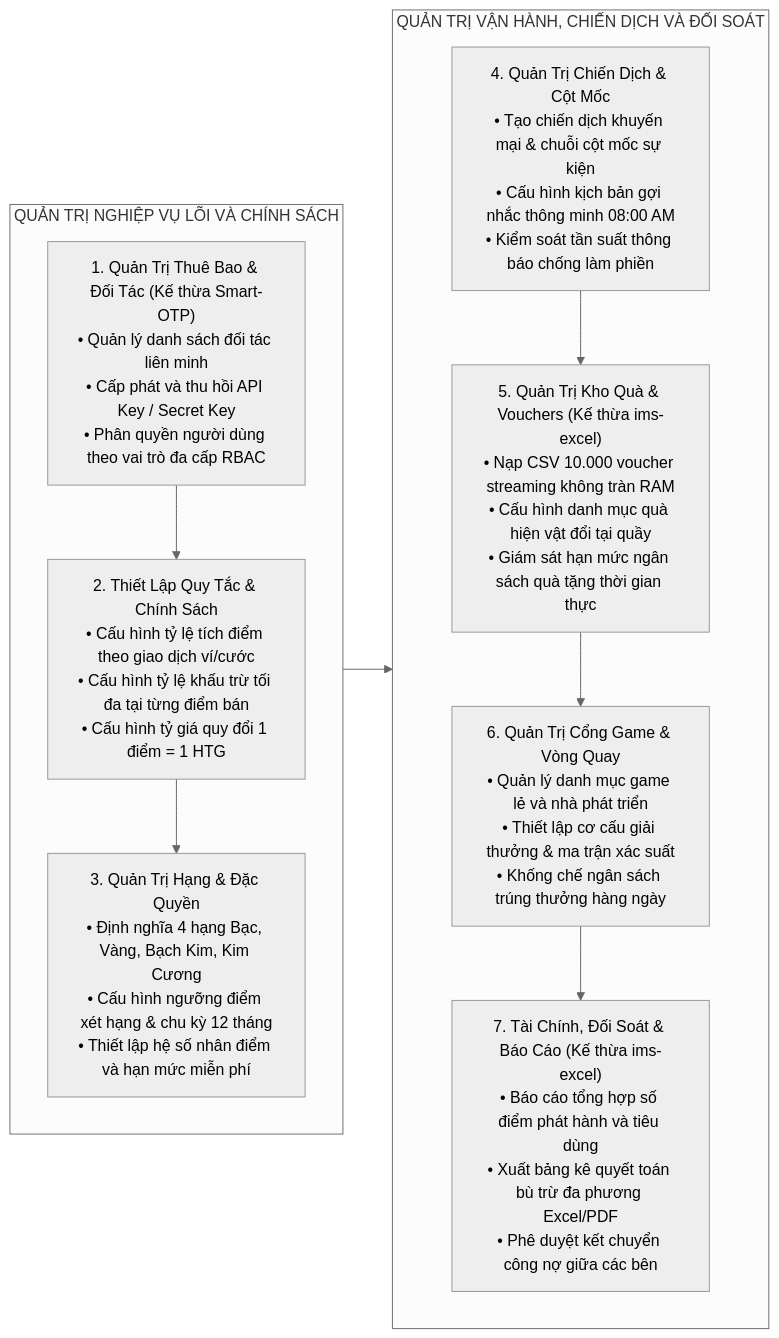
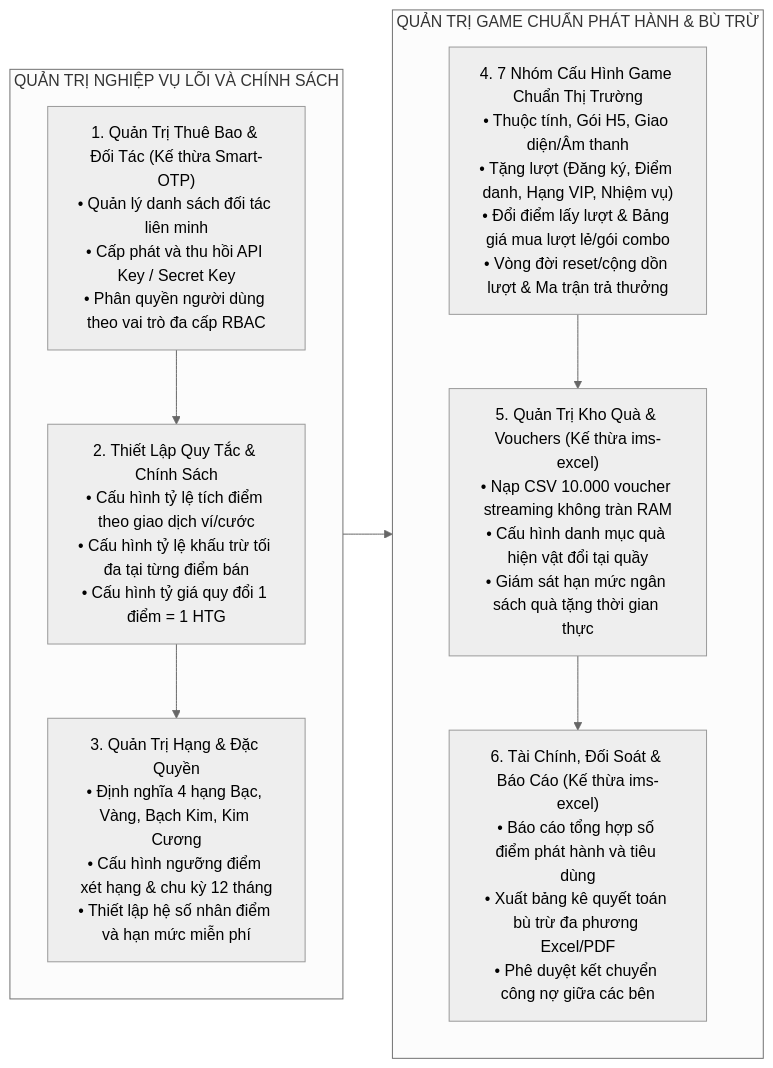
The seventh of 8 diagrams in plan/production_plan.md (chapisoft/micro-loyalty), drawn with Mermaid (neutral theme) before and after one commit. The commit also changed other lines of this file and 25 other files, not shown here.

````diff
--- a/plan/production_plan.md
+++ b/plan/production_plan.md
@@ -141,24 +328,22 @@
 ```mermaid
 flowchart LR
     subgraph S_CMS_CORE ["QUẢN TRỊ NGHIỆP VỤ LÕI VÀ CHÍNH SÁCH"]
         direction TB
         M_TENANT["1. Quản Trị Thuê Bao & Đối Tác (Kế thừa Smart-OTP)<br/>• Quản lý danh sách đối tác liên minh<br/>• Cấp phát và thu hồi API Key / Secret Key<br/>• Phân quyền người dùng theo vai trò đa cấp RBAC"]
         M_POLICY["2. Thiết Lập Quy Tắc & Chính Sách<br/>• Cấu hình tỷ lệ tích điểm theo giao dịch ví/cước<br/>• Cấu hình tỷ lệ khấu trừ tối đa tại từng điểm bán<br/>• Cấu hình tỷ giá quy đổi 1 điểm = 1 HTG"]
         M_TIER["3. Quản Trị Hạng & Đặc Quyền<br/>• Định nghĩa 4 hạng Bạc, Vàng, Bạch Kim, Kim Cương<br/>• Cấu hình ngưỡng điểm xét hạng & chu kỳ 12 tháng<br/>• Thiết lập hệ số nhân điểm và hạn mức miễn phí"]
         M_TENANT --> M_POLICY
         M_POLICY --> M_TIER
     end
 
-    subgraph S_CMS_OP ["QUẢN TRỊ VẬN HÀNH, CHIẾN DỊCH VÀ ĐỐI SOÁT"]
+    subgraph S_CMS_GAME_CONFIG ["QUẢN TRỊ GAME CHUẨN PHÁT HÀNH & BÙ TRỪ"]
         direction TB
-        M_CAMPAIGN["4. Quản Trị Chiến Dịch & Cột Mốc<br/>• Tạo chiến dịch khuyến mại & chuỗi cột mốc sự kiện<br/>• Cấu hình kịch bản gợi nhắc thông minh 08:00 AM<br/>• Kiểm soát tần suất thông báo chống làm phiền"]
+        M_GAME_STD["4. 7 Nhóm Cấu Hình Game Chuẩn Thị Trường<br/>• Thuộc tính, Gói H5, Giao diện/Âm thanh<br/>• Tặng lượt (Đăng ký, Điểm danh, Hạng VIP, Nhiệm vụ)<br/>• Đổi điểm lấy lượt & Bảng giá mua lượt lẻ/gói combo<br/>• Vòng đời reset/cộng dồn lượt & Ma trận trả thưởng"]
         M_REWARD["5. Quản Trị Kho Quà & Vouchers (Kế thừa ims-excel)<br/>• Nạp CSV 10.000 voucher streaming không tràn RAM<br/>• Cấu hình danh mục quà hiện vật đổi tại quầy<br/>• Giám sát hạn mức ngân sách quà tặng thời gian thực"]
-        M_GAME["6. Quản Trị Cổng Game & Vòng Quay<br/>• Quản lý danh mục game lẻ và nhà phát triển<br/>• Thiết lập cơ cấu giải thưởng & ma trận xác suất<br/>• Khống chế ngân sách trúng thưởng hàng ngày"]
-        M_SETTLE["7. Tài Chính, Đối Soát & Báo Cáo (Kế thừa ims-excel)<br/>• Báo cáo tổng hợp số điểm phát hành và tiêu dùng<br/>• Xuất bảng kê quyết toán bù trừ đa phương Excel/PDF<br/>• Phê duyệt kết chuyển công nợ giữa các bên"]
-        M_CAMPAIGN --> M_REWARD
-        M_REWARD --> M_GAME
-        M_GAME --> M_SETTLE
+        M_SETTLE["6. Tài Chính, Đối Soát & Báo Cáo (Kế thừa ims-excel)<br/>• Báo cáo tổng hợp số điểm phát hành và tiêu dùng<br/>• Xuất bảng kê quyết toán bù trừ đa phương Excel/PDF<br/>• Phê duyệt kết chuyển công nợ giữa các bên"]
+        M_GAME_STD --> M_REWARD
+        M_REWARD --> M_SETTLE
     end
 
-    M_TIER --> M_CAMPAIGN
+    M_TIER --> M_GAME_STD
 ```
````
